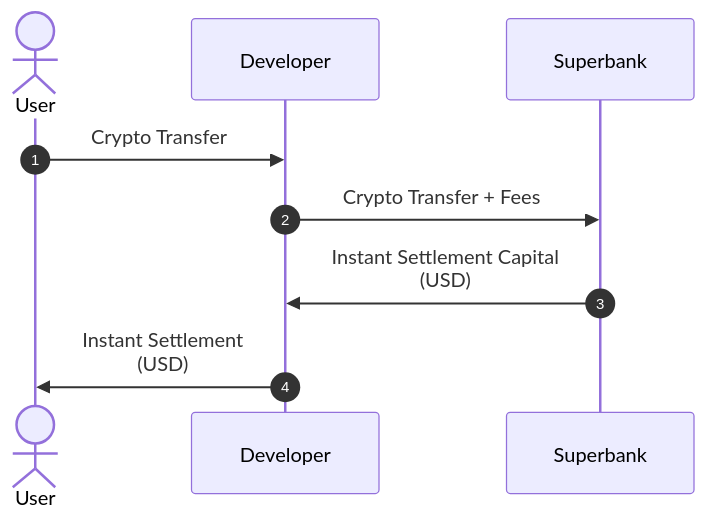
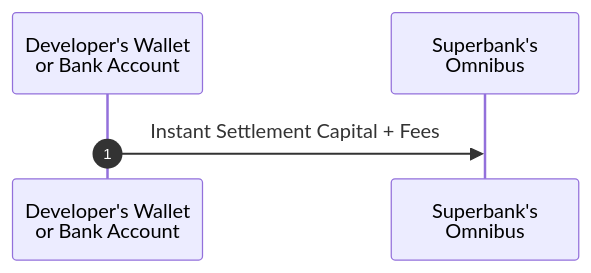
One commit to arminmeth/docs changed the second of 2 diagrams in developer-guide/flow-of-funds.mdx. Above: the diagram before and after it, drawn with Mermaid. The commit also changed other lines of this file and 2 other files, not shown here.

Commit message:
Updated Flow of Funds

````diff
--- a/developer-guide/flow-of-funds.mdx
+++ b/developer-guide/flow-of-funds.mdx
@@ -154,11 +80,7 @@
 ```mermaid
 sequenceDiagram
 	autonumber
-	actor U as User
-	participant C as Developer
-	participant S as Superbank
-	U->>C: Crypto Transfer
-	C->>S: Crypto Transfer + Fees
-	S->>C: Instant Settlement Capital<br>(USD)
-	C->>U: Instant Settlement<br>(USD)
+	participant dwb as Developer's Wallet<br>or Bank Account
+	participant so as Superbank's<br>Omnibus
+	dwb->>so: Instant Settlement Capital + Fees
 ```
````
